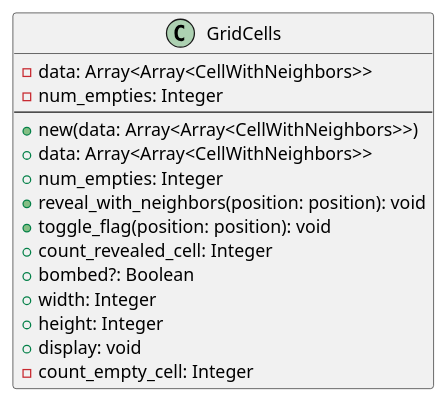
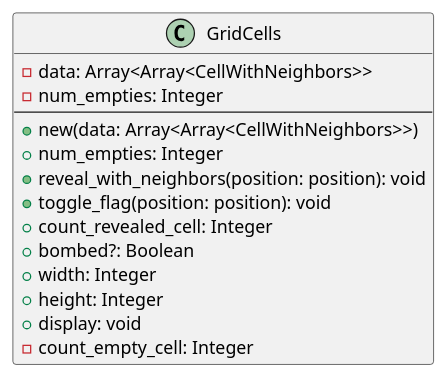
One commit to Yuhi-Sato/minesweeper changed the diagram in diagrams/grid_cells_class.plantuml. Above: the diagram before and after it, drawn with PlantUML. The commit also changed 12 other files, not shown here.

Commit message:
fix: 🐛 diagram修正

```diff
--- a/diagrams/grid_cells_class.plantuml
+++ b/diagrams/grid_cells_class.plantuml
@@ -1,20 +1,19 @@
 @startuml grid_cells_class
 
 class GridCells {
     - data: Array<Array<CellWithNeighbors>>
     - num_empties: Integer
     --
     + new(data: Array<Array<CellWithNeighbors>>)
-    + data: Array<Array<CellWithNeighbors>>
     + num_empties: Integer
     + reveal_with_neighbors(position: position): void
     + toggle_flag(position: position): void
     + count_revealed_cell: Integer
     + bombed?: Boolean
     + width: Integer
     + height: Integer
     + display: void
     - count_empty_cell: Integer
 }
 
 @enduml
```
